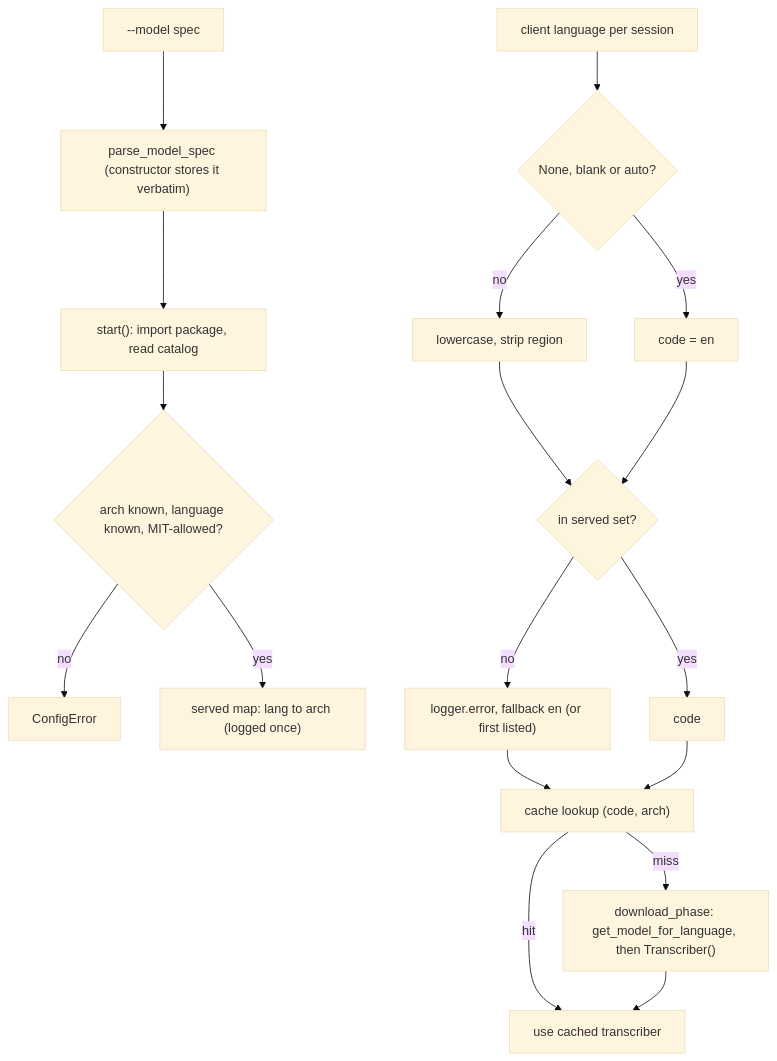
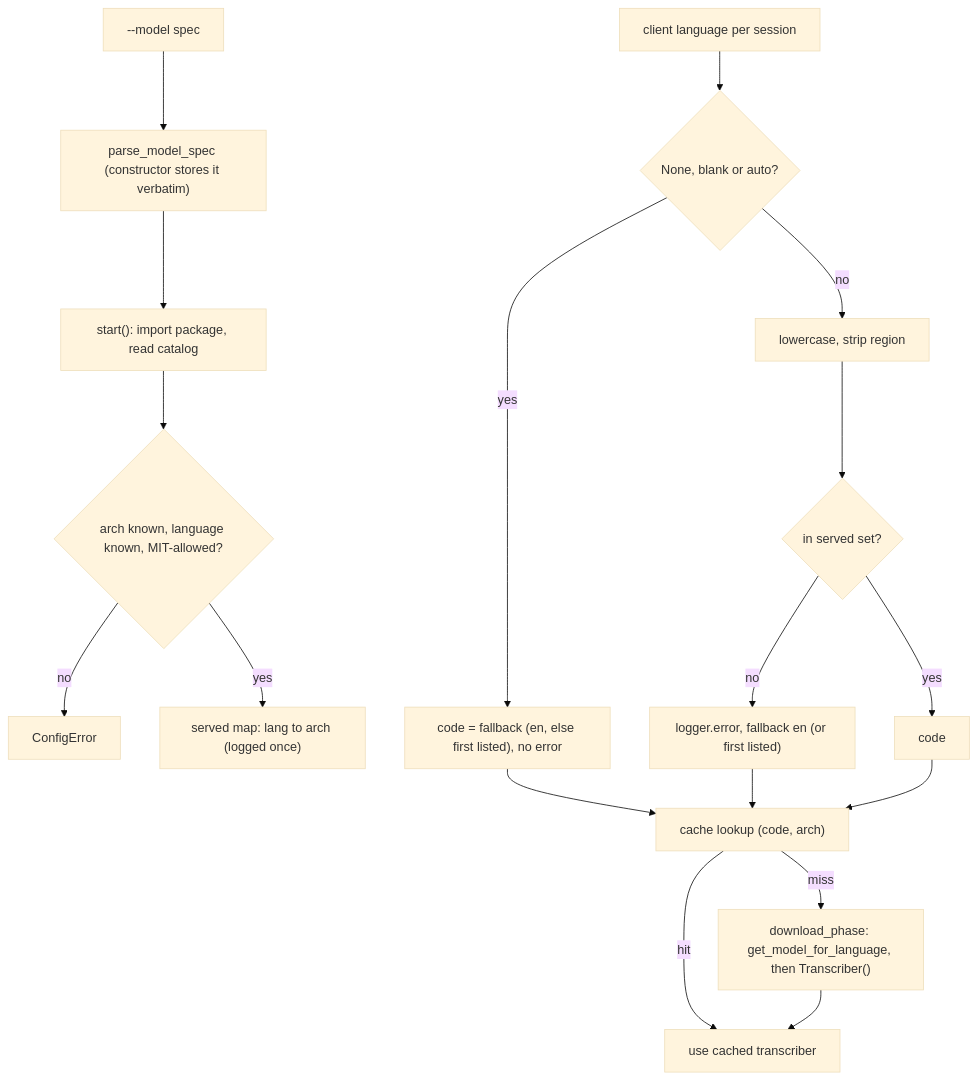
One commit to vr000m/pipecat-local-stt-server changed the first of 3 diagrams in docs/dev_plans/20261114-feature-moonshine-backend.md. Above: the diagram before and after it, drawn with Mermaid (base theme). The commit also changed other lines of this file and 8 other files, not shown here.

````diff
--- a/docs/dev_plans/20261114-feature-moonshine-backend.md
+++ b/docs/dev_plans/20261114-feature-moonshine-backend.md
@@ -144,20 +144,20 @@
 ```mermaid
 flowchart TD
     S["--model spec"] --> P["parse_model_spec (constructor stores it verbatim)"]
     P --> ST["start(): import package, read catalog"]
     ST --> V{"arch known, language known, MIT-allowed?"}
     V -->|no| CE["ConfigError"]
     V -->|yes| M["served map: lang to arch (logged once)"]
     A["client language per session"] --> B{"None, blank or auto?"}
-    B -->|yes| E["code = en"]
+    B -->|yes| E["code = fallback (en, else first listed), no error"]
     B -->|no| C["lowercase, strip region"]
     C --> D{"in served set?"}
     D -->|no| F["logger.error, fallback en (or first listed)"]
     D -->|yes| G["code"]
-    E --> D
+    E --> J
     F --> J["cache lookup (code, arch)"]
     G --> J
     J -->|miss| K["download_phase: get_model_for_language, then Transcriber()"]
     J -->|hit| L["use cached transcriber"]
     K --> L
 ```
````
